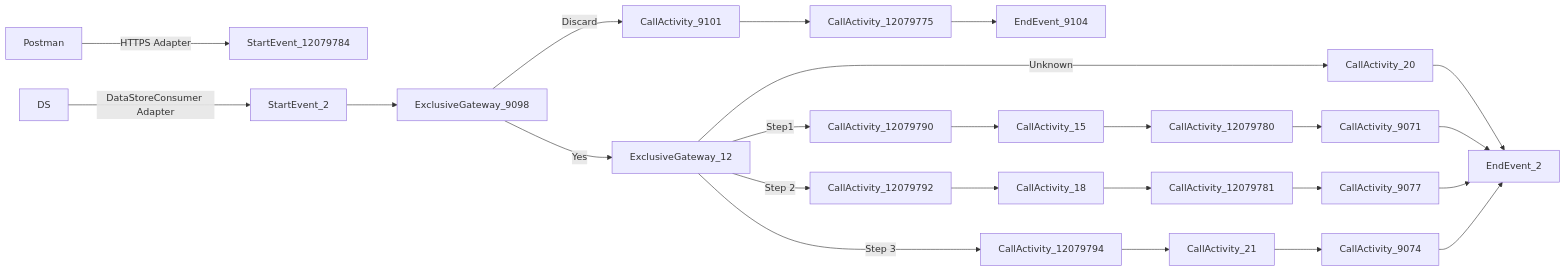
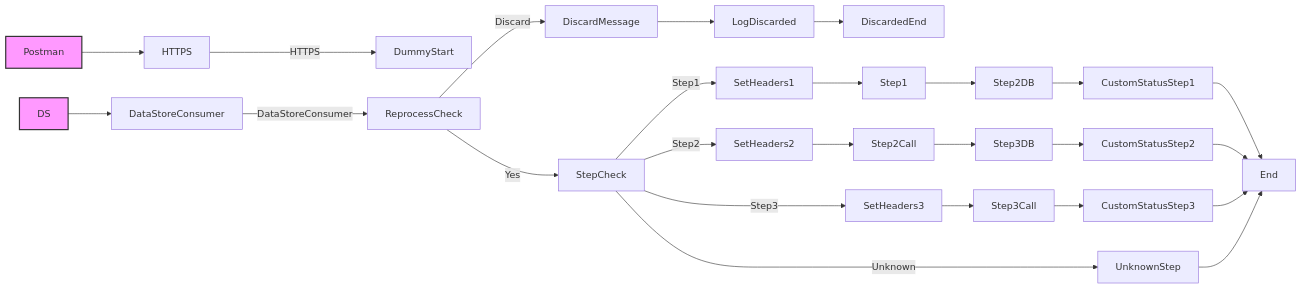
Before and after one commit to Avvale-IA-CICD/AvvaleCPI: the diagram in MMZ - Cell Iflows/SEDA_Model_-_Single_DS_-_Restart_and_Discard_MMZ-1.0.0/readme.md, drawn with Mermaid. The commit also changed other lines of this file, not shown here.

Commit message:
Add/update documentation for SEDA_Model_-_Single_DS_-_Restart_and_Discard_MMZ v1.0.0

````diff
--- a/MMZ - Cell Iflows/SEDA_Model_-_Single_DS_-_Restart_and_Discard_MMZ-1.0.0/readme.md
+++ b/MMZ - Cell Iflows/SEDA_Model_-_Single_DS_-_Restart_and_Discard_MMZ-1.0.0/readme.md
@@ -4,26 +4,28 @@
 ```mermaid
 graph LR
-    Postman--HTTPS Adapter-->StartEvent_12079784
-    DS--DataStoreConsumer Adapter-->StartEvent_2
-    StartEvent_2-->ExclusiveGateway_9098
-    ExclusiveGateway_9098--Yes-->ExclusiveGateway_12
-    ExclusiveGateway_9098--Discard-->CallActivity_9101
-    CallActivity_9101-->CallActivity_12079775
-    CallActivity_12079775-->EndEvent_9104
-    ExclusiveGateway_12--Step1-->CallActivity_12079790
-    ExclusiveGateway_12--Step 2-->CallActivity_12079792
-    ExclusiveGateway_12--Step 3-->CallActivity_12079794
-    ExclusiveGateway_12--Unknown-->CallActivity_20
-    CallActivity_20-->EndEvent_2
-    CallActivity_12079790-->CallActivity_15
-    CallActivity_12079792-->CallActivity_18
-    CallActivity_12079794-->CallActivity_21
-    CallActivity_15-->CallActivity_12079780
-    CallActivity_18-->CallActivity_12079781
-    CallActivity_21-->CallActivity_9074
-    CallActivity_12079780-->CallActivity_9071
-    CallActivity_12079781-->CallActivity_9077
-    CallActivity_9071-->EndEvent_2
-    CallActivity_9077-->EndEvent_2
-    CallActivity_9074-->EndEvent_2
+    Postman --> HTTPS--HTTPS--> DummyStart
+    DS --> DataStoreConsumer--DataStoreConsumer--> ReprocessCheck
+    ReprocessCheck -- Yes --> StepCheck
+    ReprocessCheck -- Discard --> DiscardMessage
+    DiscardMessage --> LogDiscarded
+    LogDiscarded --> DiscardedEnd
+    StepCheck -- Step1 --> SetHeaders1
+    StepCheck -- Step2 --> SetHeaders2
+    StepCheck -- Step3 --> SetHeaders3
+    StepCheck -- Unknown --> UnknownStep
+    SetHeaders1 --> Step1
+    SetHeaders2 --> Step2Call
+    SetHeaders3 --> Step3Call
+    Step1 --> Step2DB
+    Step2Call --> Step3DB
+    Step3Call --> CustomStatusStep3
+    Step2DB --> CustomStatusStep1
+    Step3DB --> CustomStatusStep2
+    CustomStatusStep1 --> End
+    CustomStatusStep2 --> End
+    CustomStatusStep3 --> End
+    UnknownStep --> End
+
+    style Postman fill:#f9f,stroke:#333,stroke-width:2px
+    style DS fill:#f9f,stroke:#333,stroke-width:2px
 ```
````
